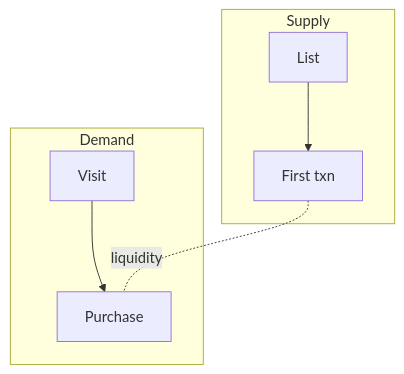
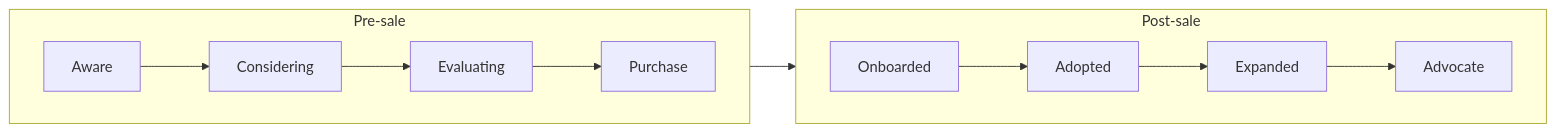
One commit to samuelfreemanjobs-hash/ceo changed the fourth of 6 diagrams in .github/skills/funnel-visualization/SKILL.md. Above: the diagram before and after it, drawn with Mermaid. The commit also changed other lines of this file and 5 other files, not shown here.

First line of the commit message:
feat(funnel-architect): install authoritative funnel-visualization skill v1.1

````diff
--- a/.github/skills/funnel-visualization/SKILL.md
+++ b/.github/skills/funnel-visualization/SKILL.md
@@ -73,10 +107,14 @@
 ```mermaid
-flowchart TB
-    subgraph Supply
-        S1[List] --> S2[First txn]
+flowchart LR
+    subgraph Pre-sale
+        direction LR
+        A1[Aware] --> A2[Considering] --> A3[Evaluating] --> A4[Purchase]
     end
-    subgraph Demand
-        D1[Visit] --> D2[Purchase]
+
+    subgraph Post-sale
+        direction LR
+        B1[Onboarded] --> B2[Adopted] --> B3[Expanded] --> B4[Advocate]
     end
-    S2 -. liquidity .- D2
+
+    A4 --> B1
 ```
````
